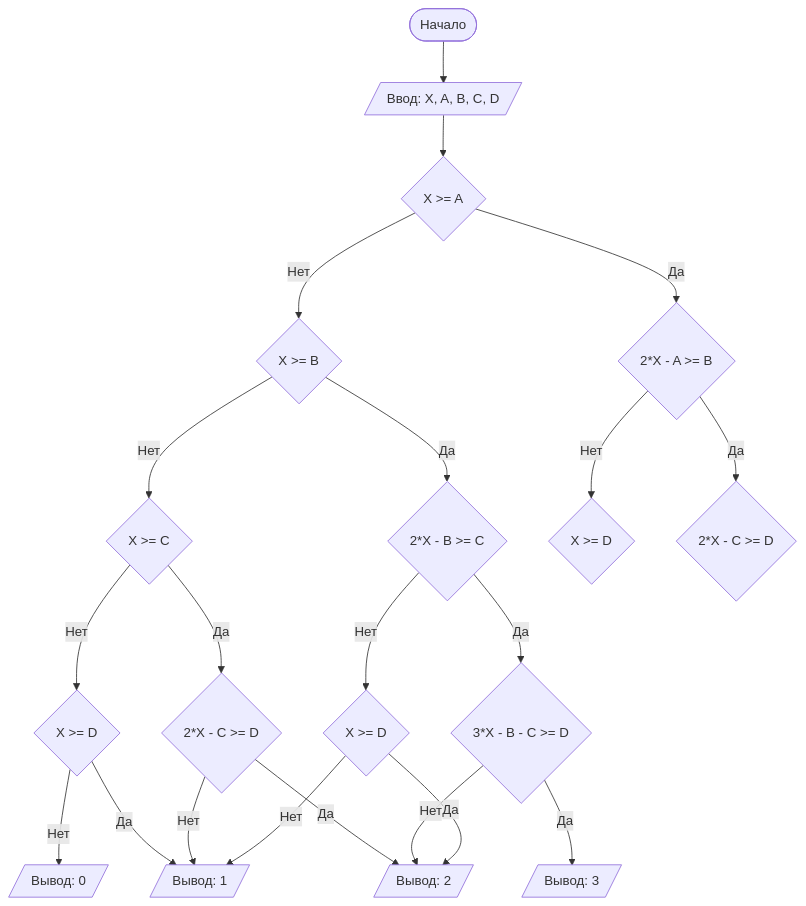
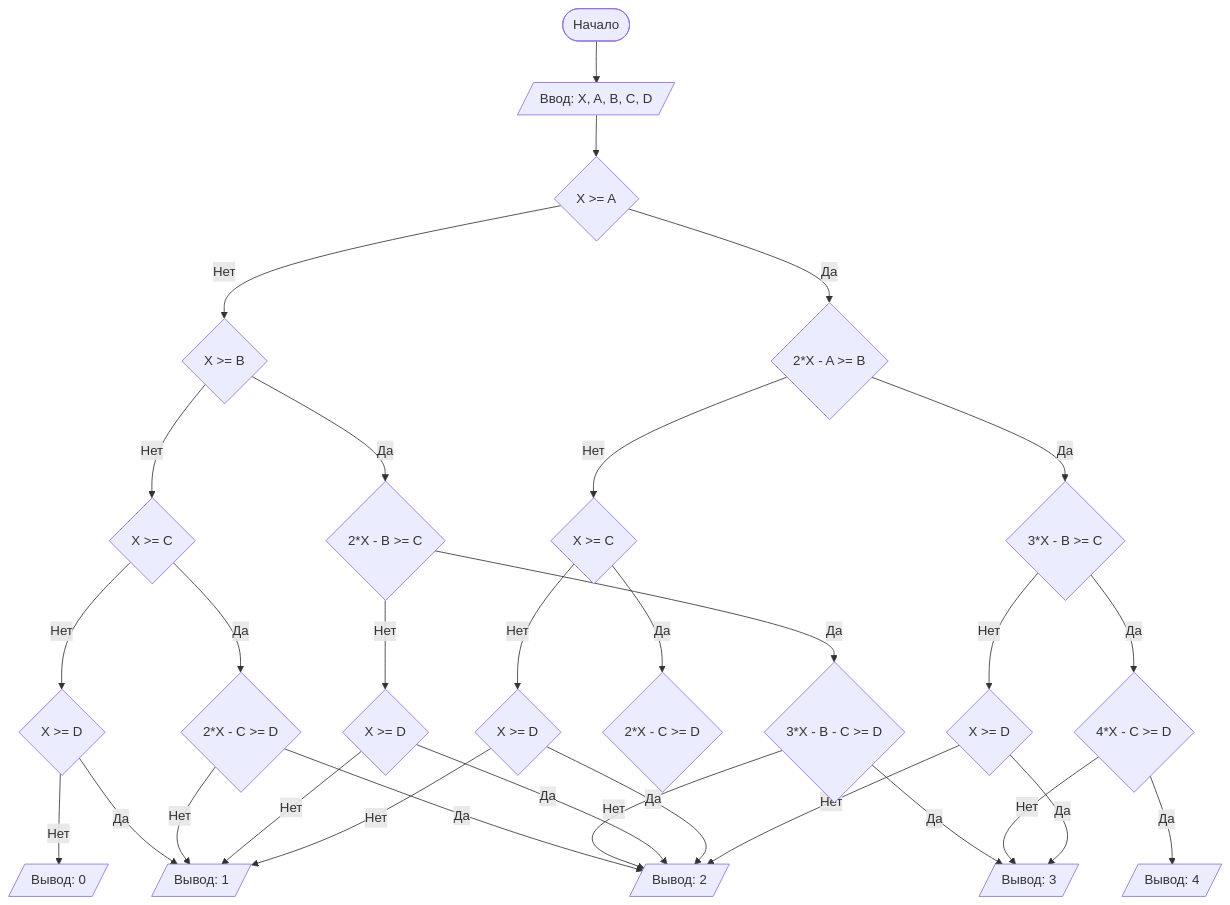
One commit to vikanest96/lab1 changed the diagram in README.md. Above: the diagram before and after it, drawn with Mermaid. The commit also changed other lines of this file, not shown here.

````diff
--- a/README.md
+++ b/README.md
@@ -78,30 +79,35 @@
 ```mermaid
 graph TD
     A([Начало]) --> B[/Ввод: X, A, B, C, D/]
     B --> C{X >= A}
     C -- Нет --> D{X >= B}
     D -- Нет --> E{X >= C}
     E -- Нет --> F{X >= D}
     F -- Нет --> H[/Вывод: 0/]
     F -- Да --> I[/Вывод: 1/]
     E -- Да --> J{2*X - C >= D}
     J -- Нет --> I[/Вывод: 1/]
     J -- Да --> K[/Вывод: 2/]
     D -- Да --> L{2*X - B >= C}
     L -- Да --> N{3*X - B - C >= D}
     N -- Нет --> K[/Вывод: 2/]
     N -- Да --> S[/Вывод: 3/]
     L -- Нет --> T{X >= D}
     T -- Нет --> I[/Вывод: 1/]
     T -- Да --> K[/Вывод: 2/]
     C -- Да --> M{2*X - A >= B}
-    M -- Нет --> G{X >= D}
-    M -- Да --> R{2*X - C >= D}
-    
-
-
-
-
+    M -- Нет --> G{X >= C}
+    M -- Да --> R{3*X - B >= C}
+    G -- Да --> R1{2*X - C >= D}
+    G -- Нет --> R2{X >= D}
+    R2 -- Нет --> I[/Вывод: 1/]
+    R2 -- Да --> K[/Вывод: 2/]
+    R -- Да --> R4{4*X - C >= D}
+    R4 -- Да --> I1[/Вывод: 4/]
+    R4 -- Нет --> S[/Вывод: 3/]
+    R -- Нет --> R5{X >= D}
+    R5 -- Нет --> K[/Вывод: 2/]
+    R5 -- Да  --> S[/Вывод: 3/]
 
 
 ```
````
